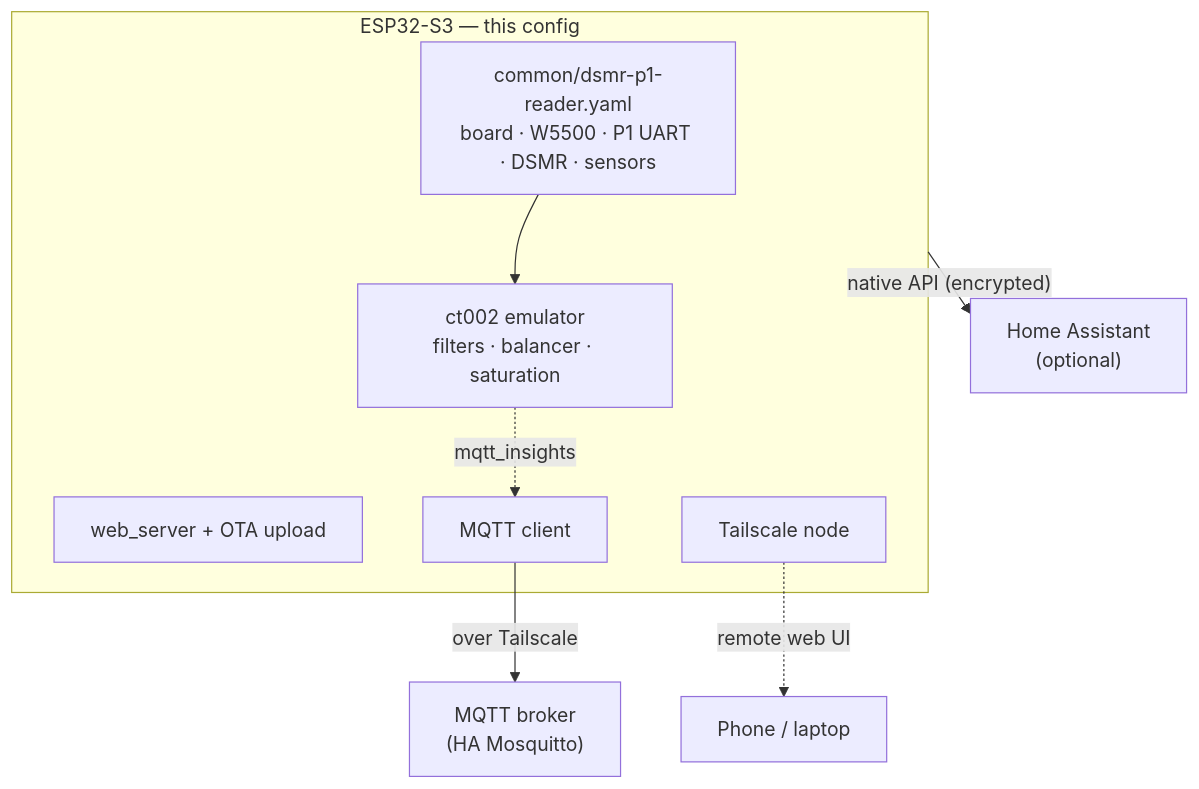
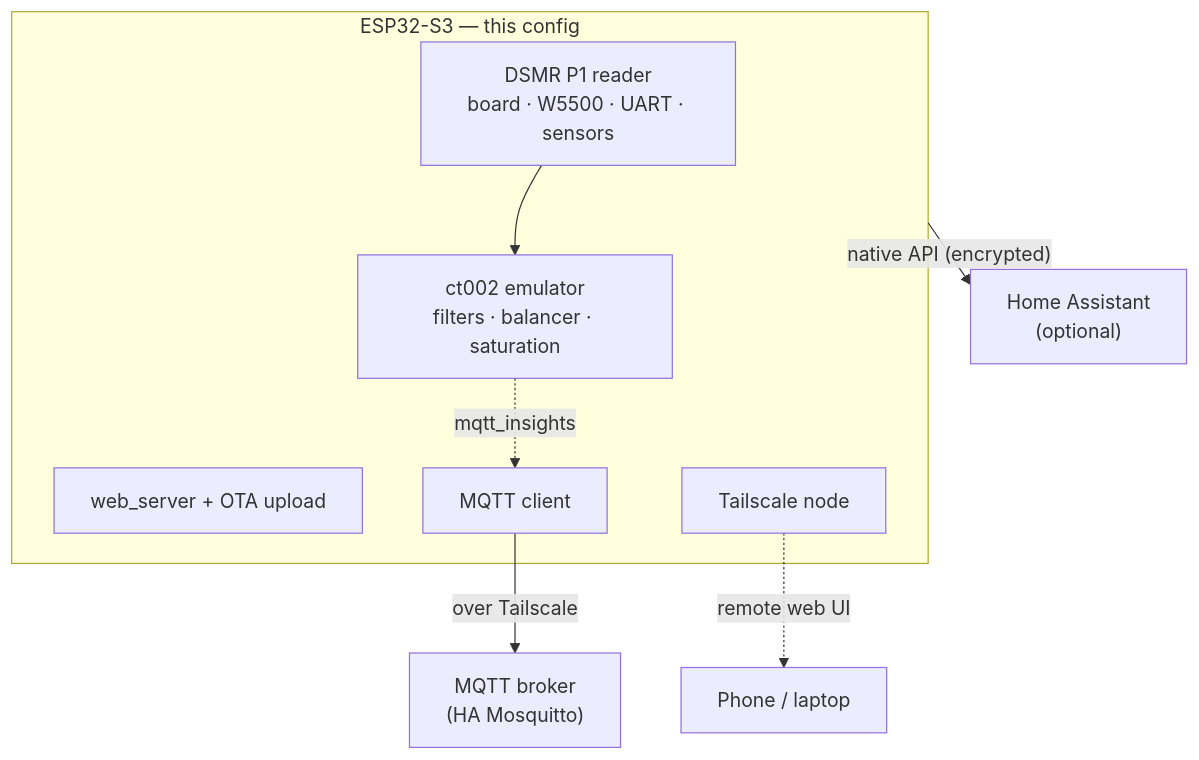
The second of 3 diagrams in README.md (Maart3nL/esphome-astrameter-dsmr), drawn with Mermaid before and after one commit. The commit also changed other lines of this file and 3 other files, not shown here.

````diff
--- a/README.md
+++ b/README.md
@@ -57,18 +57,18 @@
 ```mermaid
 flowchart TB
     subgraph esp["ESP32-S3 — this config"]
-        PKG["common/dsmr-p1-reader.yaml<br/>board · W5500 · P1 UART · DSMR · sensors"]
+        PKG["DSMR P1 reader<br/>board · W5500 · UART · sensors"]
         CT["ct002 emulator<br/>filters · balancer · saturation"]
         WEB["web_server + OTA upload"]
         TS["Tailscale node"]
         MQ["MQTT client"]
         PKG --> CT
         CT -. mqtt_insights .-> MQ
     end
     HA["Home Assistant<br/>(optional)"]
     BR["MQTT broker<br/>(HA Mosquitto)"]
     PH["Phone / laptop"]
     esp -->|"native API (encrypted)"| HA
     MQ -->|"over Tailscale"| BR
     TS -. "remote web UI" .-> PH
 ```
````
